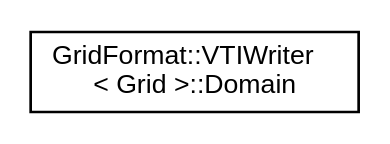
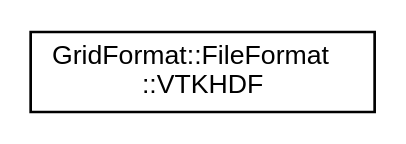
The diagram in inherit_graph_30.dot (dglaeser/gridformat), drawn with Graphviz before and after one commit. The commit also changed 484 other files, not shown here.

```diff
--- a/inherit_graph_30.dot
+++ b/inherit_graph_30.dot
@@ -1,8 +1,8 @@
 digraph "Graphical Class Hierarchy"
 {
  // LATEX_PDF_SIZE
   edge [fontname="Helvetica",fontsize="10",labelfontname="Helvetica",labelfontsize="10"];
   node [fontname="Helvetica",fontsize="10",shape=record];
   rankdir="LR";
-  Node0 [label="GridFormat::VTIWriter\l\< Grid \>::Domain",height=0.2,width=0.4,color="black", fillcolor="white", style="filled",URL="$structGridFormat_1_1VTIWriter_1_1Domain.html",tooltip=" "];
+  Node0 [label="GridFormat::FileFormat\l::VTKHDF",height=0.2,width=0.4,color="black", fillcolor="white", style="filled",URL="$structGridFormat_1_1FileFormat_1_1VTKHDF.html",tooltip="Selector for the vtk-hdf file format with automatic deduction of the flavour. If the grid for which a..."];
 }
```
